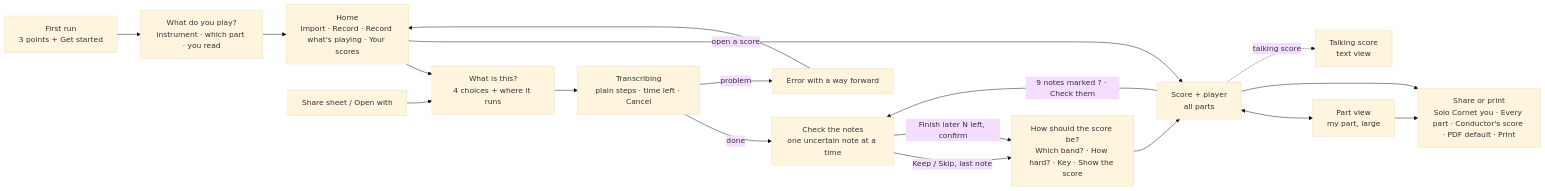
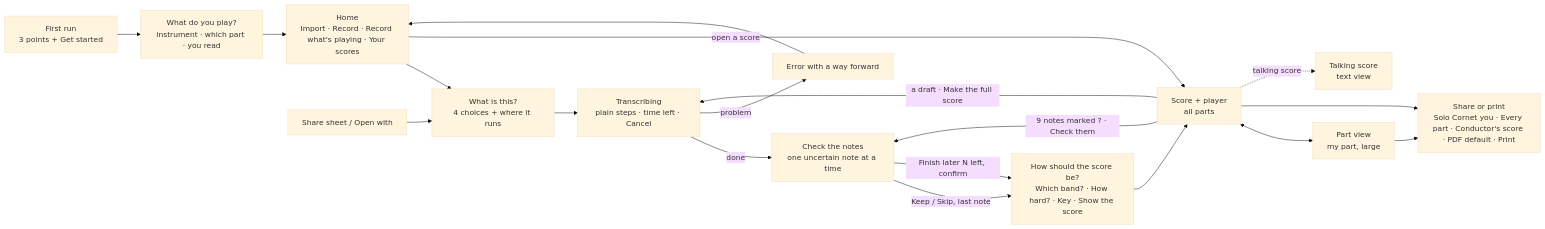
The diagram in design/system.md (181192/brasscribe), drawn with Mermaid (base theme) before and after one commit. The commit also changed other lines of this file and 1 other file, not shown here.

First line of the commit message:
docs(design): specify the band draft made on the device

````diff
--- a/design/system.md
+++ b/design/system.md
@@ -59,20 +59,21 @@
 ```mermaid
 flowchart LR
   FR[First run<br/>3 points + Get started] --> MI[What do you play?<br/>instrument · which part · you read]
   MI --> H
   H[Home<br/>Import · Record · Record what's playing · Your scores] --> W
   SH[Share sheet / Open with] --> W
   W[What is this?<br/>4 choices + where it runs] --> T
   T[Transcribing<br/>plain steps · time left · Cancel] -->|done| R
   T -->|problem| E[Error with a way forward]
   E --> H
   R[Check the notes<br/>one uncertain note at a time] -->|Keep / Skip, last note| O
   R -->|Finish later N left, confirm| O
   O[How should the score be?<br/>Which band? · How hard? · Key · Show the score] --> S
   S[Score + player<br/>all parts] <--> P[Part view<br/>my part, large]
   S --> X[Share or print<br/>Solo Cornet you · Every part · Conductor's score · PDF default · Print]
   S -->|9 notes marked ? · Check them| R
   P --> X
   H -->|open a score| S
   S -. talking score .-> TS[Talking score<br/>text view]
+  S -->|a draft · Make the full score| T
 ```
````
